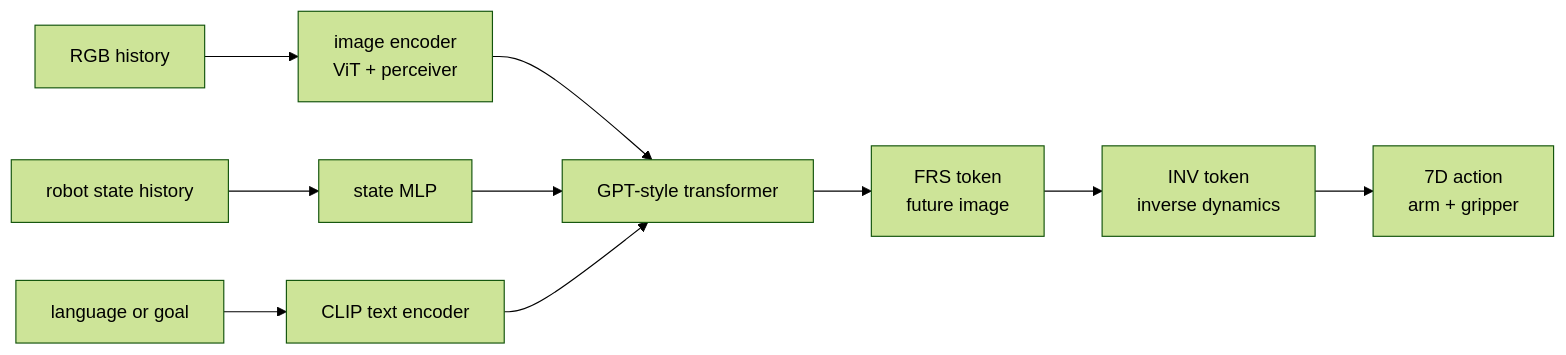
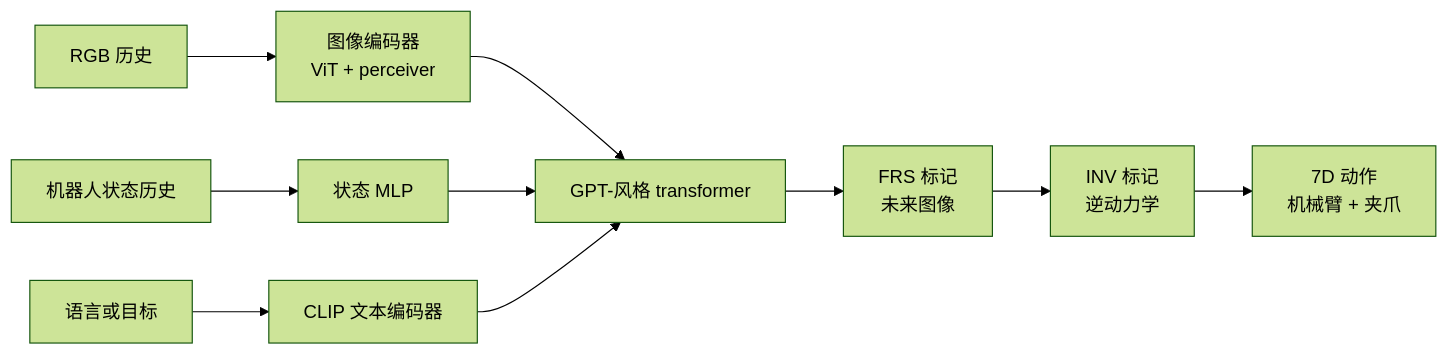
The diagram in wiki/entities/Seer.md (niuverse/llm-wiki), drawn with Mermaid (forest theme) before and after one commit. The commit also changed other lines of this file and 123 other files, not shown here.

````diff
--- a/wiki/entities/Seer.md
+++ b/wiki/entities/Seer.md
@@ -17,12 +17,12 @@
 ```mermaid
 flowchart LR
-  O["RGB history"] --> E["image encoder<br/>ViT + perceiver"]
-  S["robot state history"] --> M["state MLP"]
-  L["language or goal"] --> T["CLIP text encoder"]
-  E --> B["GPT-style transformer"]
+  O["RGB 历史"] --> E["图像编码器<br/>ViT + perceiver"]
+  S["机器人状态历史"] --> M["状态 MLP"]
+  L["语言或目标"] --> T["CLIP 文本编码器"]
+  E --> B["GPT-风格 transformer"]
   M --> B
   T --> B
-  B --> F["FRS token<br/>future image"]
-  F --> I["INV token<br/>inverse dynamics"]
-  I --> A["7D action<br/>arm + gripper"]
+  B --> F["FRS 标记<br/>未来图像"]
+  F --> I["INV 标记<br/>逆动力学"]
+  I --> A["7D 动作<br/>机械臂 + 夹爪"]
 ```
````
